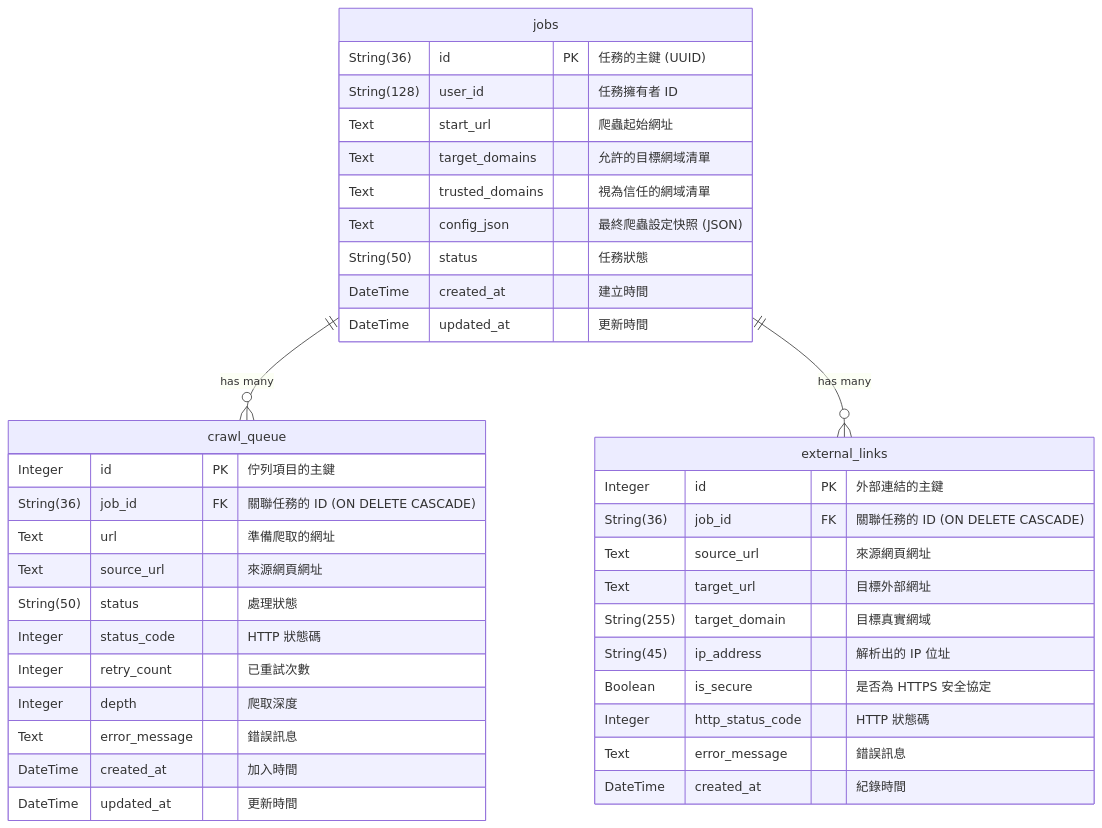
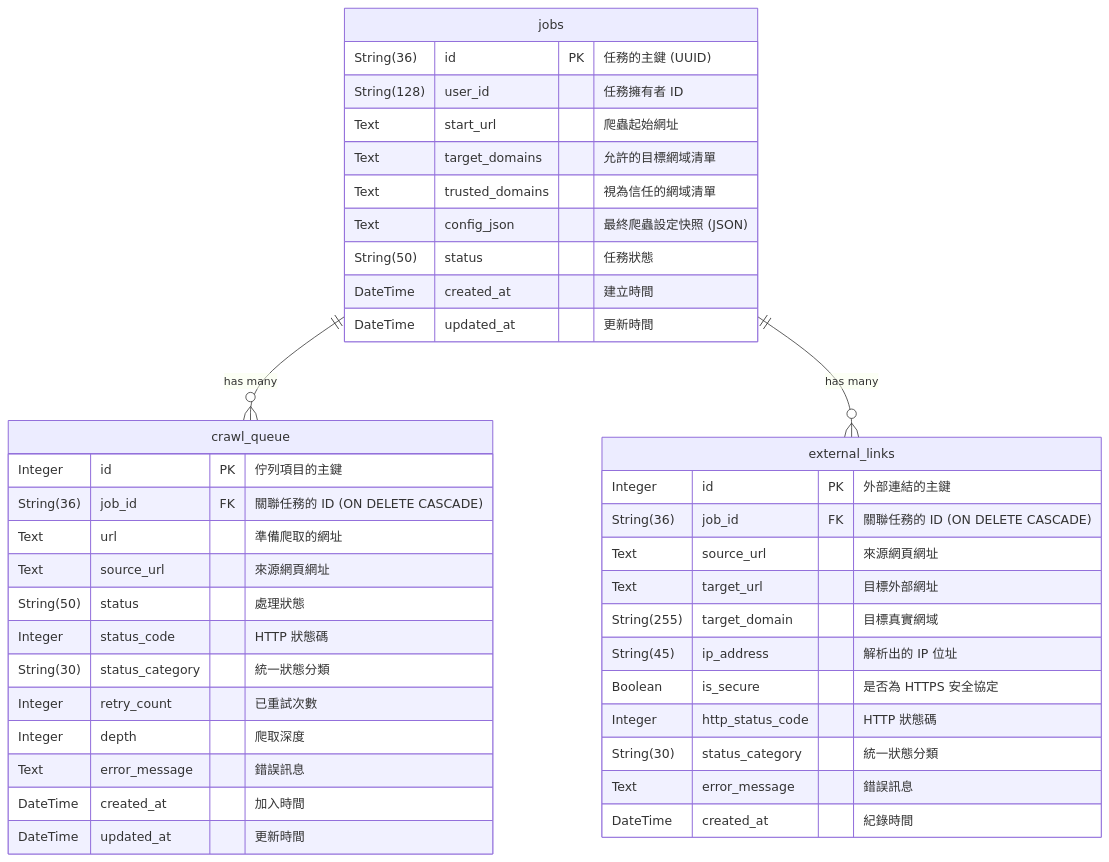
One commit to mfhsieh/link-checker changed the second of 2 diagrams in doc/db_schema.md. Above: the diagram before and after it, drawn with Mermaid. The commit also changed other lines of this file and 21 other files, not shown here.

````diff
--- a/doc/db_schema.md
+++ b/doc/db_schema.md
@@ -197,41 +198,43 @@
 ```mermaid
 erDiagram
     jobs ||--o{ crawl_queue : "has many"
     jobs ||--o{ external_links : "has many"
     jobs {
         String(36) id PK "任務的主鍵 (UUID)"
         String(128) user_id "任務擁有者 ID"
         Text start_url "爬蟲起始網址"
         Text target_domains "允許的目標網域清單"
         Text trusted_domains "視為信任的網域清單"
         Text config_json "最終爬蟲設定快照 (JSON)"
         String(50) status "任務狀態"
         DateTime created_at "建立時間"
         DateTime updated_at "更新時間"
     }
     crawl_queue {
         Integer id PK "佇列項目的主鍵"
         String(36) job_id FK "關聯任務的 ID (ON DELETE CASCADE)"
         Text url "準備爬取的網址"
         Text source_url "來源網頁網址"
         String(50) status "處理狀態"
         Integer status_code "HTTP 狀態碼"
+        String(30) status_category "統一狀態分類"
         Integer retry_count "已重試次數"
         Integer depth "爬取深度"
         Text error_message "錯誤訊息"
         DateTime created_at "加入時間"
         DateTime updated_at "更新時間"
     }
     external_links {
         Integer id PK "外部連結的主鍵"
         String(36) job_id FK "關聯任務的 ID (ON DELETE CASCADE)"
         Text source_url "來源網頁網址"
         Text target_url "目標外部網址"
         String(255) target_domain "目標真實網域"
         String(45) ip_address "解析出的 IP 位址"
         Boolean is_secure "是否為 HTTPS 安全協定"
         Integer http_status_code "HTTP 狀態碼"
+        String(30) status_category "統一狀態分類"
         Text error_message "錯誤訊息"
         DateTime created_at "紀錄時間"
     }
 ```
````
